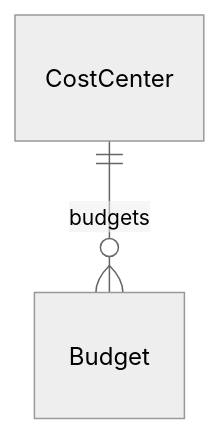
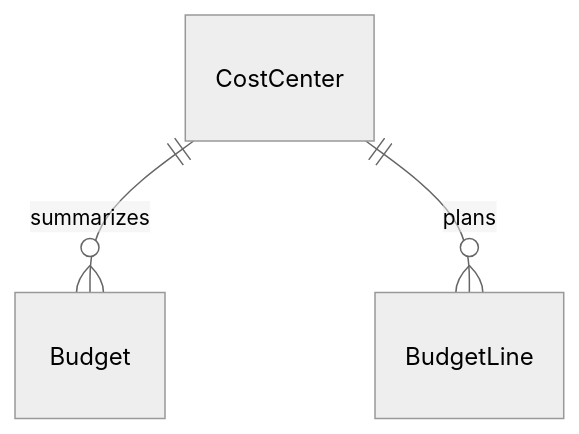
The seventh of 8 diagrams in docs/reference/schema.md (mmcodesso/greenfield_database), drawn with Mermaid (neutral theme) before and after one commit. The commit also changed other lines of this file and 35 other files, not shown here.

````diff
--- a/docs/reference/schema.md
+++ b/docs/reference/schema.md
@@ -337,4 +337,5 @@
 ```mermaid
 erDiagram
-    CostCenter ||--o{ Budget : budgets
+    CostCenter ||--o{ Budget : summarizes
+    CostCenter ||--o{ BudgetLine : plans
 ```
````
